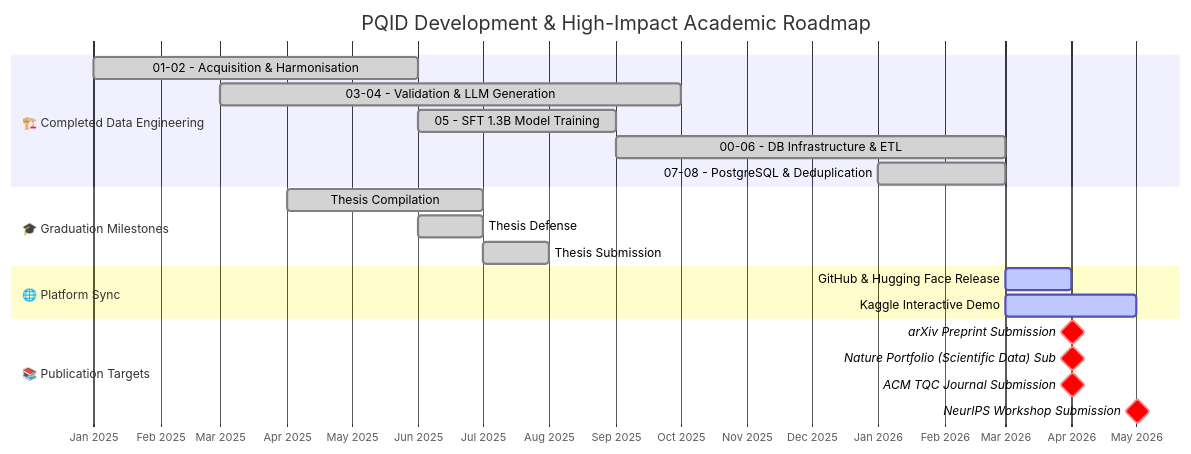
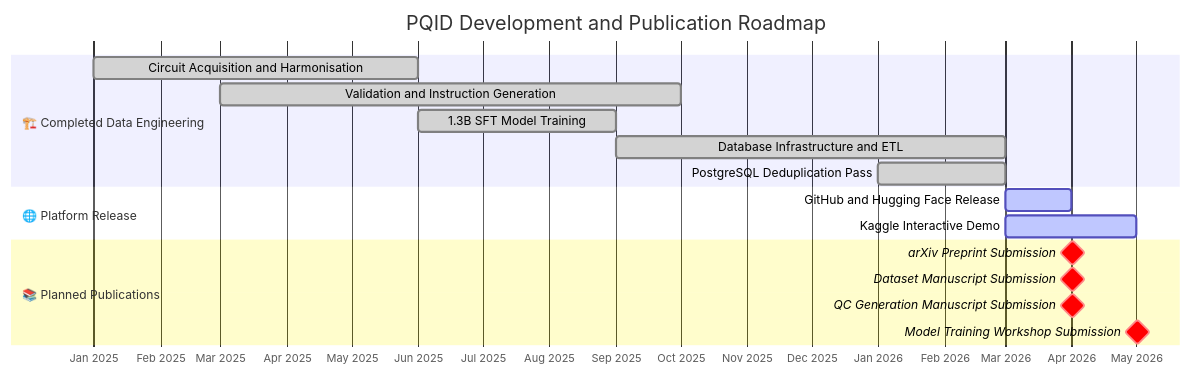
The fourth of 4 diagrams in README.md (Elias-Abebe-Gasparini/PQID-Dataset), drawn with Mermaid before and after one commit. The commit also changed other lines of this file, not shown here.

Commit message:
Updated document register and made core descriptive sections more aligned with teh original findings in the thesis

````diff
--- a/README.md
+++ b/README.md
@@ -243,28 +253,23 @@
 ```mermaid
 gantt
-    title PQID Development & High-Impact Academic Roadmap
+    title PQID Development and Publication Roadmap
     dateFormat  YYYY-MM
     axisFormat  %b %Y
 
     section 🏗️ Completed Data Engineering
-    01-02 - Acquisition & Harmonisation     :done, a1, 2025-01, 5M
-    03-04 - Validation & LLM Generation     :done, b1, 2025-03, 7M
-    05 - SFT 1.3B Model Training            :done, c1, 2025-06, 3M
-    00-06 - DB Infrastructure & ETL         :done, d1, 2025-09, 6M
-    07-08 - PostgreSQL & Deduplication      :done, d2, 2026-01, 2M
+    Circuit Acquisition and Harmonisation    :done, a1, 2025-01, 5M
+    Validation and Instruction Generation    :done, b1, 2025-03, 7M
+    1.3B SFT Model Training                  :done, c1, 2025-06, 3M
+    Database Infrastructure and ETL          :done, d1, 2025-09, 6M
+    PostgreSQL Deduplication Pass            :done, d2, 2026-01, 2M
 
-    section 🎓 Graduation Milestones
-    Thesis Compilation                      :done, m1, 2025-04, 3M
-    Thesis Defense                          :done, m2, 2025-06, 1M
-    Thesis Submission                       :done, m3, 2025-07, 1M
+    section 🌐 Platform Release
+    GitHub and Hugging Face Release          :active, p1, 2026-03, 1M
+    Kaggle Interactive Demo                  :active, p2, 2026-03, 2M
 
-    section 🌐 Platform Sync
-    GitHub & Hugging Face Release           :active, p1, 2026-03, 1M
-    Kaggle Interactive Demo                 :active, p2, 2026-03, 2M
-
-    section 📚 Publication Targets
-    arXiv Preprint Submission               :crit, milestone, t1, 2026-04, 1d
-    Nature Portfolio (Scientific Data) Sub  :crit, milestone, t2, 2026-04, 1d
-    ACM TQC Journal Submission              :crit, milestone, t3, 2026-04, 1d
-    NeurIPS Workshop Submission             :crit, milestone, t4, 2026-05, 1d
+    section 📚 Planned Publications
+    arXiv Preprint Submission                :crit, milestone, t1, 2026-04, 1d
+    Dataset Manuscript Submission            :crit, milestone, t2, 2026-04, 1d
+    QC Generation Manuscript Submission      :crit, milestone, t3, 2026-04, 1d
+    Model Training Workshop Submission       :crit, milestone, t4, 2026-05, 1d
 ```
````
